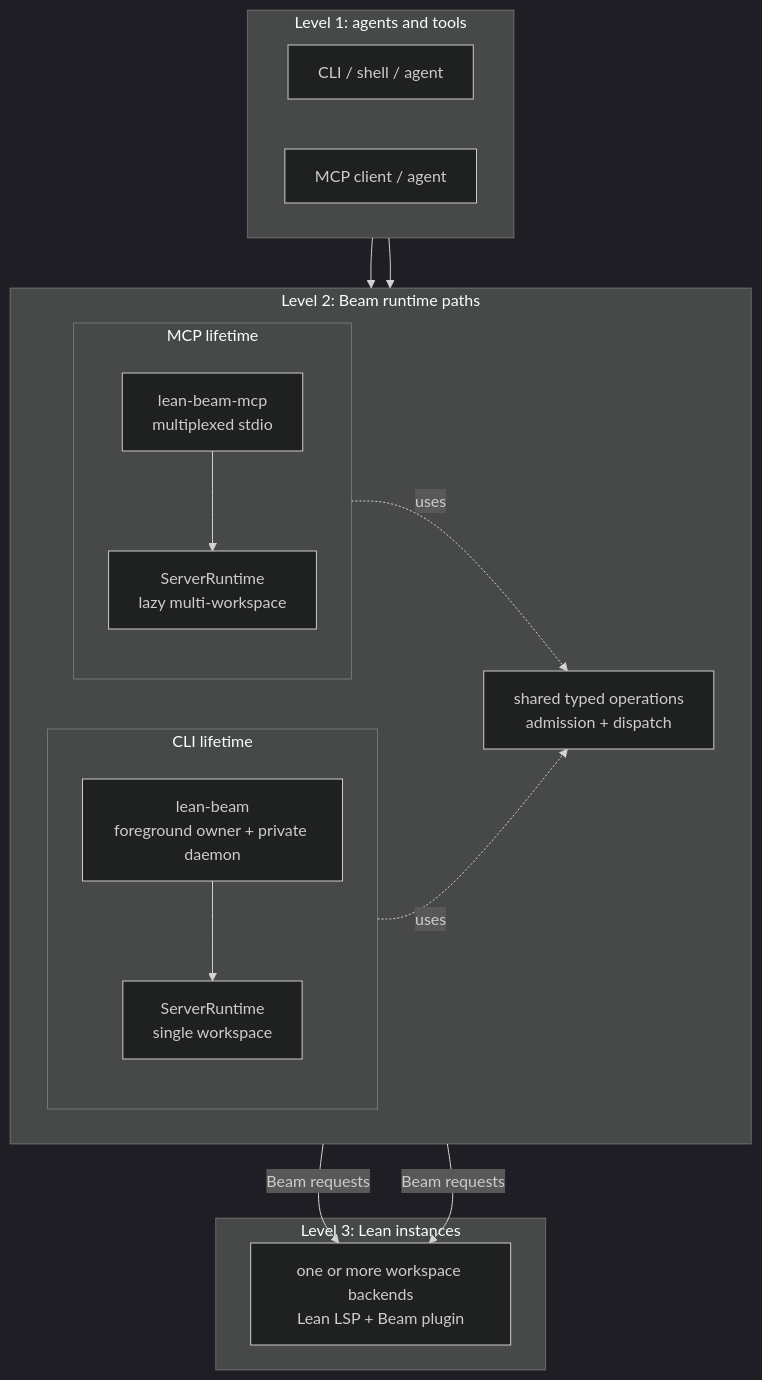
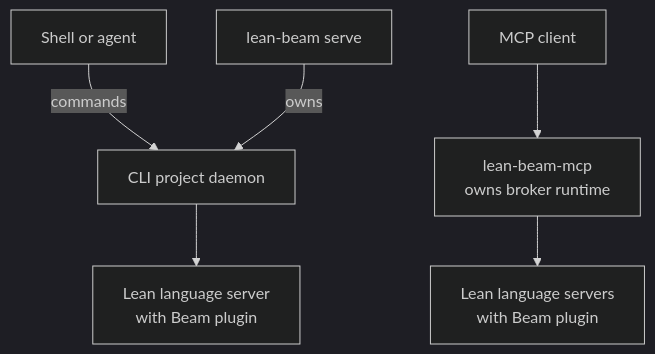
Before and after one commit to ejgallego/lean-beam-ci-macos: the diagram in README.md, drawn with Mermaid (dark theme). The commit also changed other lines of this file and 4 other files, not shown here.

````diff
--- a/README.md
+++ b/README.md
@@ -9,36 +88,9 @@
 ```mermaid
 flowchart TB
-  subgraph level1["Level 1: agents and tools"]
-    direction LR
-    cli["CLI / shell / agent"]
-    mcp["MCP client / agent"]
-  end
+  cli["Shell or agent"] -- commands --> daemon["CLI project daemon"]
+  owner["lean-beam serve"] -- owns --> daemon
+  daemon --> cliLean["Lean language server<br/>with Beam plugin"]
 
-  subgraph level2["Level 2: Beam runtime paths"]
-    direction LR
-    subgraph cliOwner["CLI lifetime"]
-      direction TB
-      cliAdapter["lean-beam<br/>foreground owner + private daemon"]
-      cliRuntime["ServerRuntime<br/>single workspace"]
-      cliAdapter --> cliRuntime
-    end
-    shared["shared typed operations<br/>admission + dispatch"]
-    subgraph mcpOwner["MCP lifetime"]
-      direction TB
-      mcpAdapter["lean-beam-mcp<br/>multiplexed stdio"]
-      mcpRuntime["ServerRuntime<br/>lazy multi-workspace"]
-      mcpAdapter --> mcpRuntime
-    end
-  end
-
-  subgraph level3["Level 3: Lean instances"]
-    backends["one or more workspace backends<br/>Lean LSP + Beam plugin"]
-  end
-
-  cli --> cliAdapter
-  mcp --> mcpAdapter
-  cliRuntime -. uses .-> shared
-  mcpRuntime -. uses .-> shared
-  cliRuntime -- Beam requests --> backends
-  mcpRuntime -- Beam requests --> backends
+  client["MCP client"] --> mcp["lean-beam-mcp<br/>owns broker runtime"]
+  mcp --> mcpLean["Lean language servers<br/>with Beam plugin"]
 ```
````
